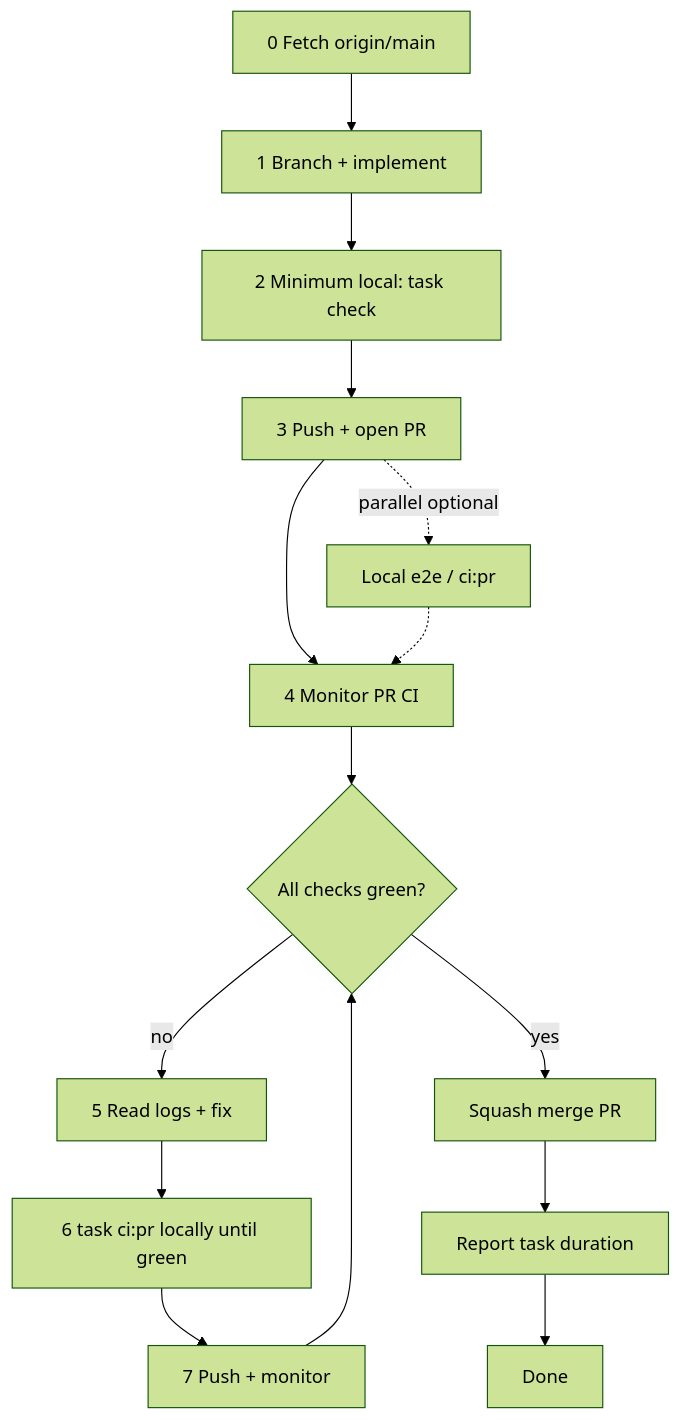
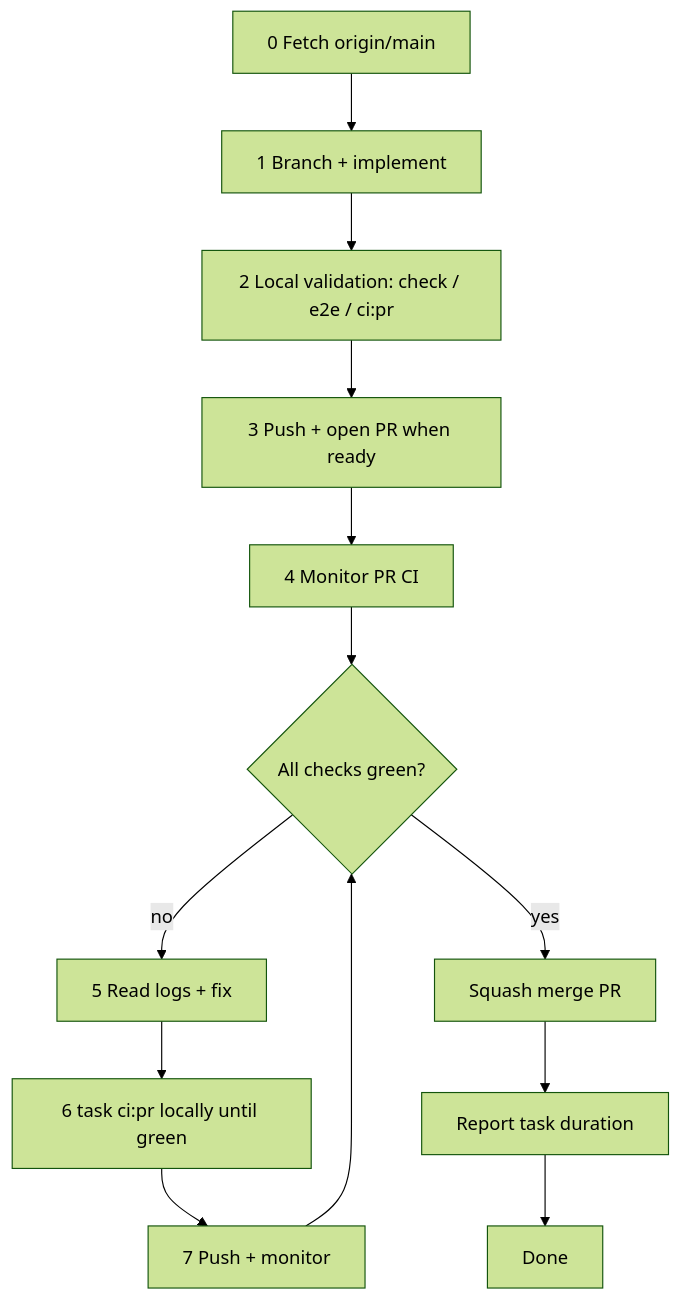
One commit to meta-secret/nook changed the diagram in .cortex/workflows/pull-requests.md. Above: the diagram before and after it, drawn with Mermaid (forest theme). The commit also changed other lines of this file and 5 other files, not shown here.

````diff
--- a/.cortex/workflows/pull-requests.md
+++ b/.cortex/workflows/pull-requests.md
@@ -24,17 +24,15 @@
 ```mermaid
 flowchart TD
   Z[0 Fetch origin/main] --> A[1 Branch + implement]
-  A --> B[2 Minimum local: task check]
-  B --> E[3 Push + open PR]
+  A --> B[2 Local validation: check / e2e / ci:pr]
+  B --> E[3 Push + open PR when ready]
   E --> F[4 Monitor PR CI]
-  E -.->|parallel optional| D[Local e2e / ci:pr]
-  D -.-> F
   F --> G{All checks green?}
   G -->|no| H[5 Read logs + fix]
   H --> FULL[6 task ci:pr locally until green]
   FULL --> PUSH[7 Push + monitor]
   PUSH --> G
   G -->|yes| I[Squash merge PR]
   I --> J[Report task duration]
   J --> K[Done]
 ```
````
